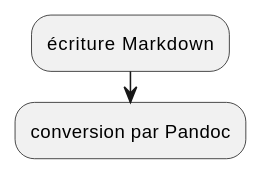
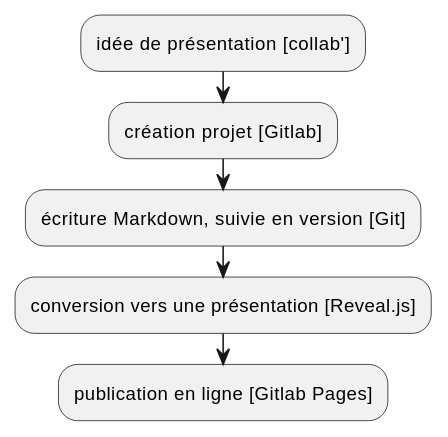
The diagram in src/content.md (luciole-freeflight/presentation-projet-rust), drawn with PlantUML before and after one commit. The commit also changed other lines of this file and 4 other files, not shown here.

````diff
--- a/src/content.md
+++ b/src/content.md
@@ -13,6 +38,9 @@
 ```plantuml
 @startuml
-:écriture Markdown;
-:conversion par Pandoc;
+:idée de présentation [collab'];
+:création projet [Gitlab];
+:écriture Markdown, suivie en version [Git];
+:conversion vers une présentation [Reveal.js];
+:publication en ligne [Gitlab Pages];
 @enduml
 ```
````
